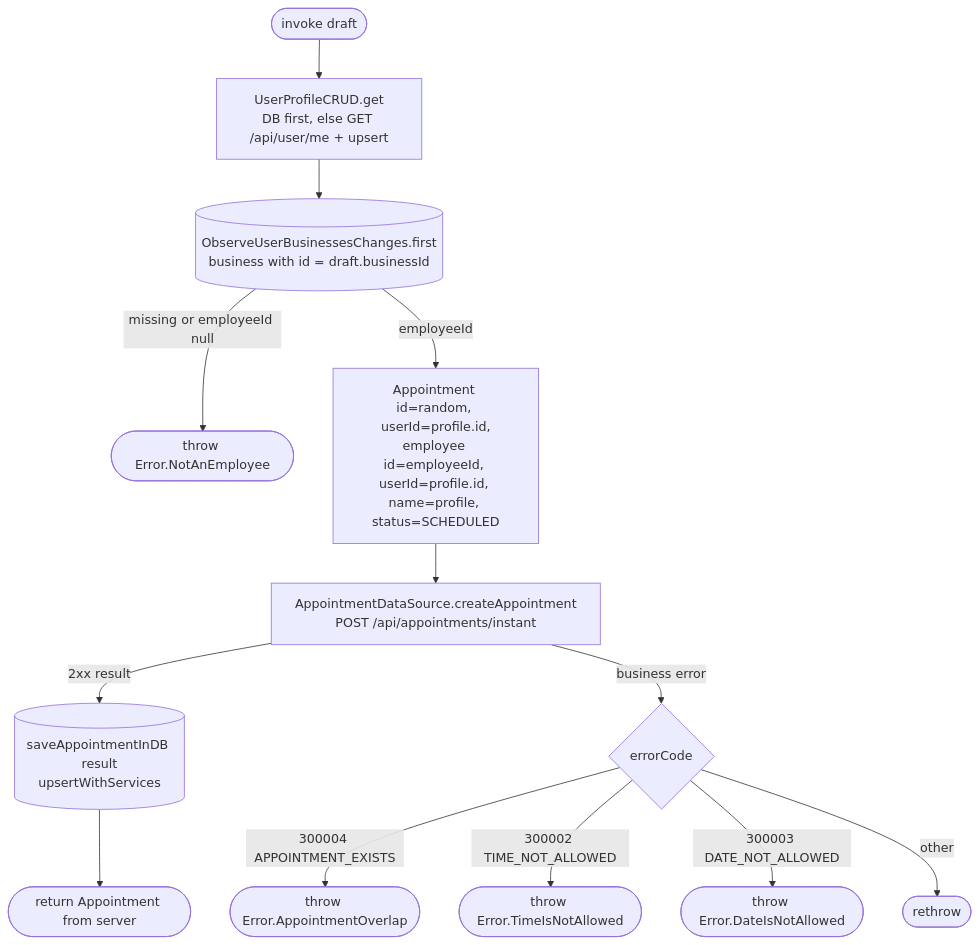
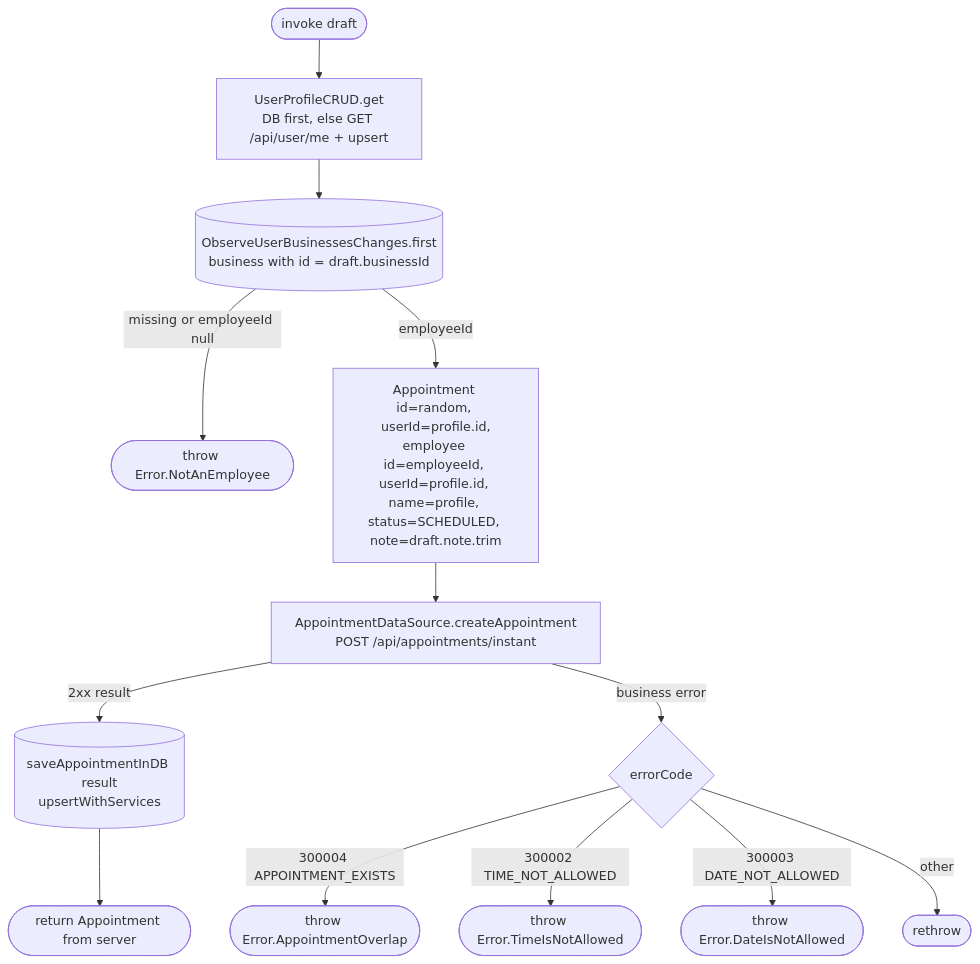
The diagram in docs/operations/appointments/create-appointment.md (nocturneproperties/bookkme-client), drawn with Mermaid before and after one commit. The commit also changed other lines of this file and 39 other files, not shown here.

````diff
--- a/docs/operations/appointments/create-appointment.md
+++ b/docs/operations/appointments/create-appointment.md
@@ -16,15 +16,15 @@
 ```mermaid
 flowchart TD
     Start([invoke draft]) --> Profile[UserProfileCRUD.get<br/>DB first, else GET /api/user/me + upsert]
     Profile --> Biz[(ObserveUserBusinessesChanges.first<br/>business with id = draft.businessId)]
     Biz -- missing or employeeId null --> E0([throw Error.NotAnEmployee])
-    Biz -- employeeId --> Build[Appointment id=random, userId=profile.id,<br/>employee id=employeeId, userId=profile.id, name=profile, status=SCHEDULED]
+    Biz -- employeeId --> Build[Appointment id=random, userId=profile.id,<br/>employee id=employeeId, userId=profile.id, name=profile, status=SCHEDULED, note=draft.note.trim]
     Build --> Net[AppointmentDataSource.createAppointment<br/>POST /api/appointments/instant]
     Net -- 2xx result --> Save[(saveAppointmentInDB result<br/>upsertWithServices)]
     Save --> R([return Appointment from server])
     Net -- business error --> Code{errorCode}
     Code -- 300004 APPOINTMENT_EXISTS --> E1([throw Error.AppointmentOverlap])
     Code -- 300002 TIME_NOT_ALLOWED --> E2([throw Error.TimeIsNotAllowed])
     Code -- 300003 DATE_NOT_ALLOWED --> E3([throw Error.DateIsNotAllowed])
     Code -- other --> EX([rethrow])
 ```
````
